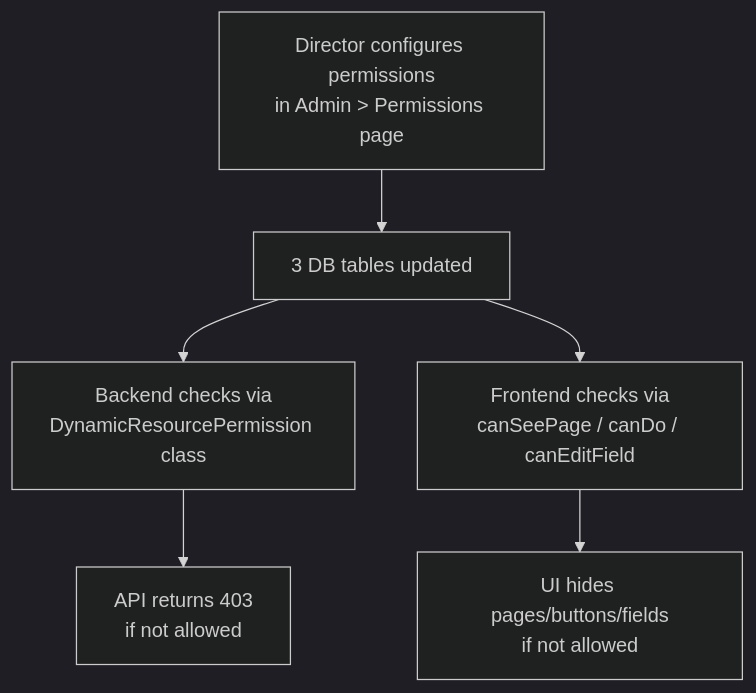
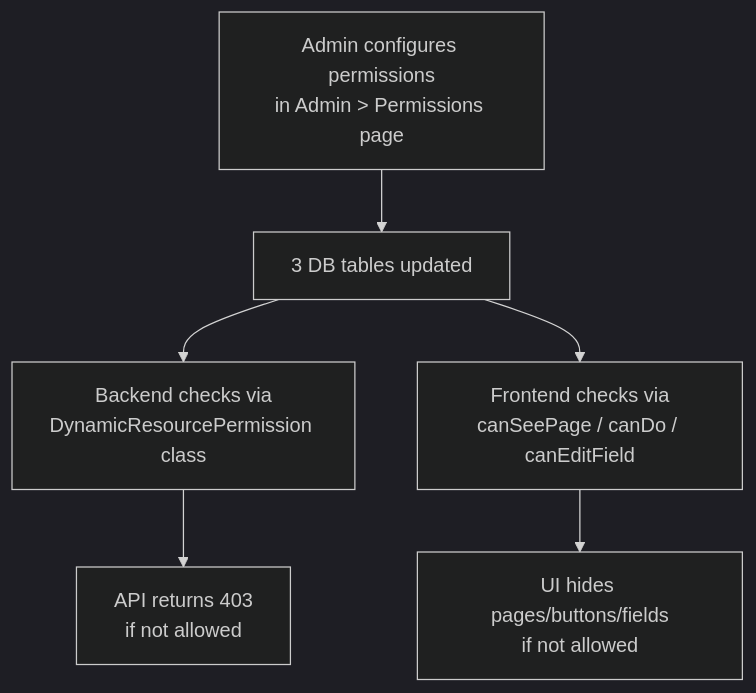
Before and after one commit to Jasurbek99/yigit_platform: the first of 2 diagrams in docs/obsidian/processes/permissions-system.md, drawn with Mermaid (dark theme). The commit also changed other lines of this file and 31 other files, not shown here.

````diff
--- a/docs/obsidian/processes/permissions-system.md
+++ b/docs/obsidian/processes/permissions-system.md
@@ -15,8 +17,8 @@
 ```mermaid
 flowchart TD
-    A["Director configures permissions\nin Admin > Permissions page"] --> B["3 DB tables updated"]
+    A["Admin configures permissions\nin Admin > Permissions page"] --> B["3 DB tables updated"]
     B --> C["Backend checks via\nDynamicResourcePermission class"]
     B --> D["Frontend checks via\ncanSeePage / canDo / canEditField"]
     C --> E["API returns 403\nif not allowed"]
     D --> F["UI hides pages/buttons/fields\nif not allowed"]
 ```
````
